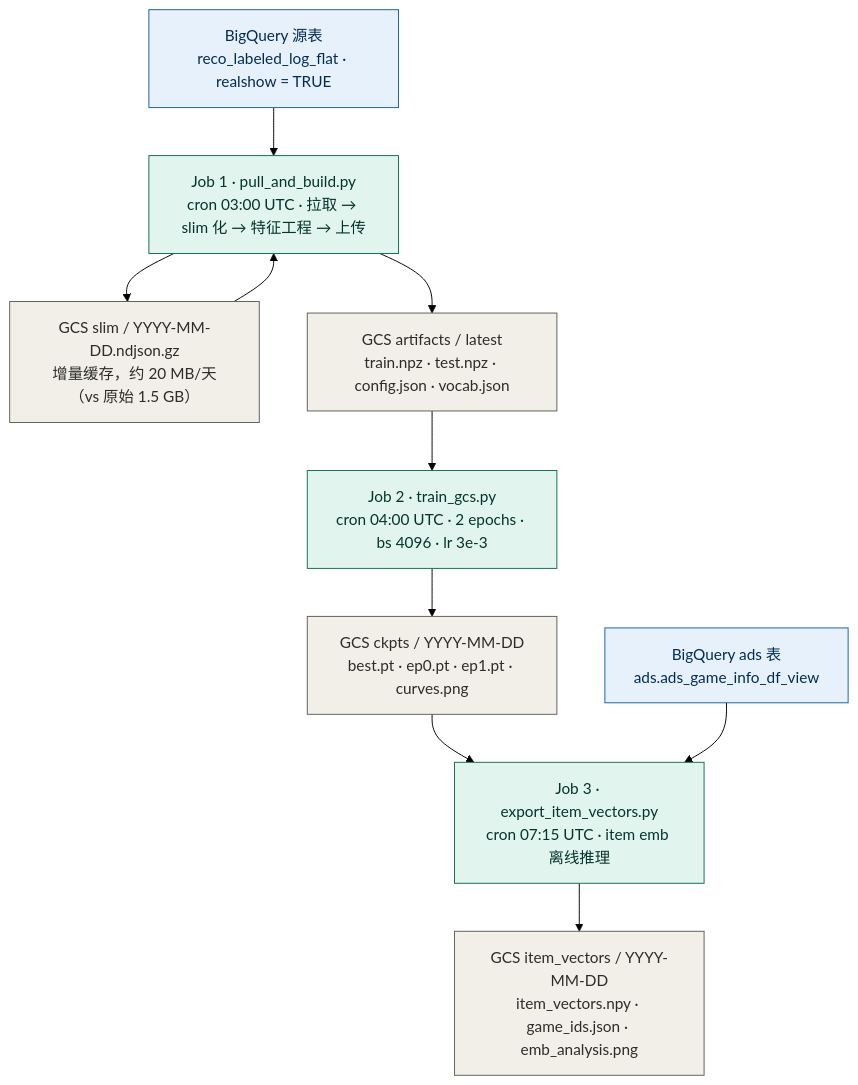
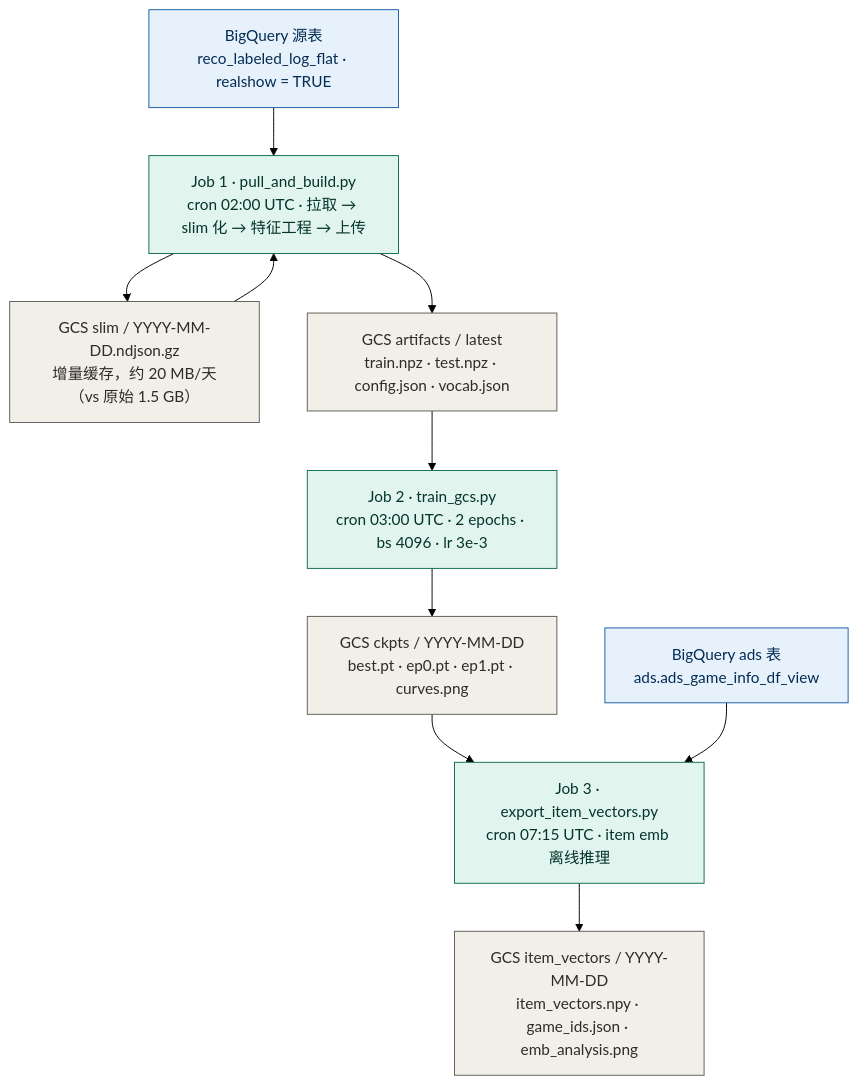
Before and after one commit to rezona-ai/rezona-reco-model: the first of 2 diagrams in two_tower_lite/README.md, drawn with Mermaid (forest theme). The commit also changed other lines of this file and 10 other files, not shown here.

````diff
--- a/two_tower_lite/README.md
+++ b/two_tower_lite/README.md
@@ -20,21 +20,21 @@
 ```mermaid
 flowchart TD
     BQ["BigQuery 源表<br/>reco_labeled_log_flat · realshow = TRUE"]
     BQADS["BigQuery ads 表<br/>ads.ads_game_info_df_view"]
-    J1["Job 1 · pull_and_build.py<br/>cron 03:00 UTC · 拉取 → slim 化 → 特征工程 → 上传"]
+    J1["Job 1 · pull_and_build.py<br/>cron 02:00 UTC · 拉取 → slim 化 → 特征工程 → 上传"]
     SLIM["GCS slim / YYYY-MM-DD.ndjson.gz<br/>增量缓存，约 20 MB/天（vs 原始 1.5 GB）"]
     ART["GCS artifacts / latest<br/>train.npz · test.npz · config.json · vocab.json"]
-    J2["Job 2 · train_gcs.py<br/>cron 04:00 UTC · 2 epochs · bs 4096 · lr 3e-3"]
+    J2["Job 2 · train_gcs.py<br/>cron 03:00 UTC · 2 epochs · bs 4096 · lr 3e-3"]
     CKPT["GCS ckpts / YYYY-MM-DD<br/>best.pt · ep0.pt · ep1.pt · curves.png"]
     J3["Job 3 · export_item_vectors.py<br/>cron 07:15 UTC · item emb 离线推理"]
     VEC["GCS item_vectors / YYYY-MM-DD<br/>item_vectors.npy · game_ids.json · emb_analysis.png"]
     BQ --> J1 --> SLIM --> J1 --> ART --> J2 --> CKPT --> J3
     BQADS --> J3 --> VEC
 
     classDef source fill:#E6F1FB,stroke:#185FA5,color:#042C53;
     classDef compute fill:#E1F5EE,stroke:#0F6E56,color:#04342C;
     classDef storage fill:#F1EFE8,stroke:#5F5E5A,color:#2C2C2A;
     class BQ,BQADS source;
     class J1,J2,J3 compute;
     class SLIM,ART,CKPT,VEC storage;
 ```
````
